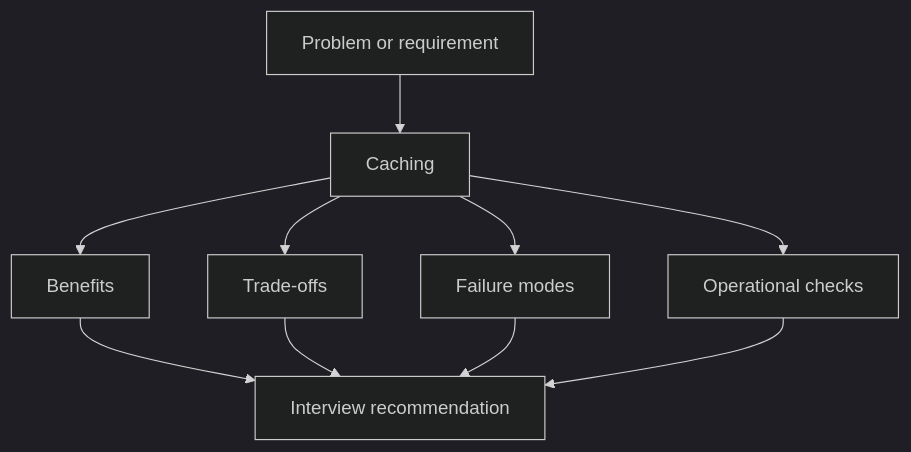
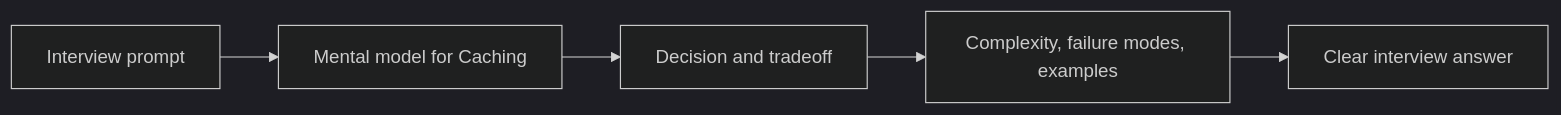
The third of 3 diagrams in components/caching/index.md (abstractinterviews/abstractinterviews.github.io), drawn with Mermaid (dark theme) before and after one commit. The commit also changed other lines of this file and 278 other files, not shown here.

````diff
--- a/components/caching/index.md
+++ b/components/caching/index.md
@@ -332,12 +324,7 @@
-~~~mermaid
-flowchart TD
-    Problem["Problem or requirement"] --> Concept["Caching"]
-    Concept --> Benefits["Benefits"]
-    Concept --> Tradeoffs["Trade-offs"]
-    Concept --> FailureModes["Failure modes"]
-    Concept --> Operations["Operational checks"]
-    Benefits --> Decision["Interview recommendation"]
-    Tradeoffs --> Decision
-    FailureModes --> Decision
-    Operations --> Decision
-~~~
+```mermaid
+flowchart LR
+    Problem["Interview prompt"] --> Model["Mental model for Caching"]
+    Model --> Choice["Decision and tradeoff"]
+    Choice --> Evidence["Complexity, failure modes, examples"]
+    Evidence --> Answer["Clear interview answer"]
+```
````
